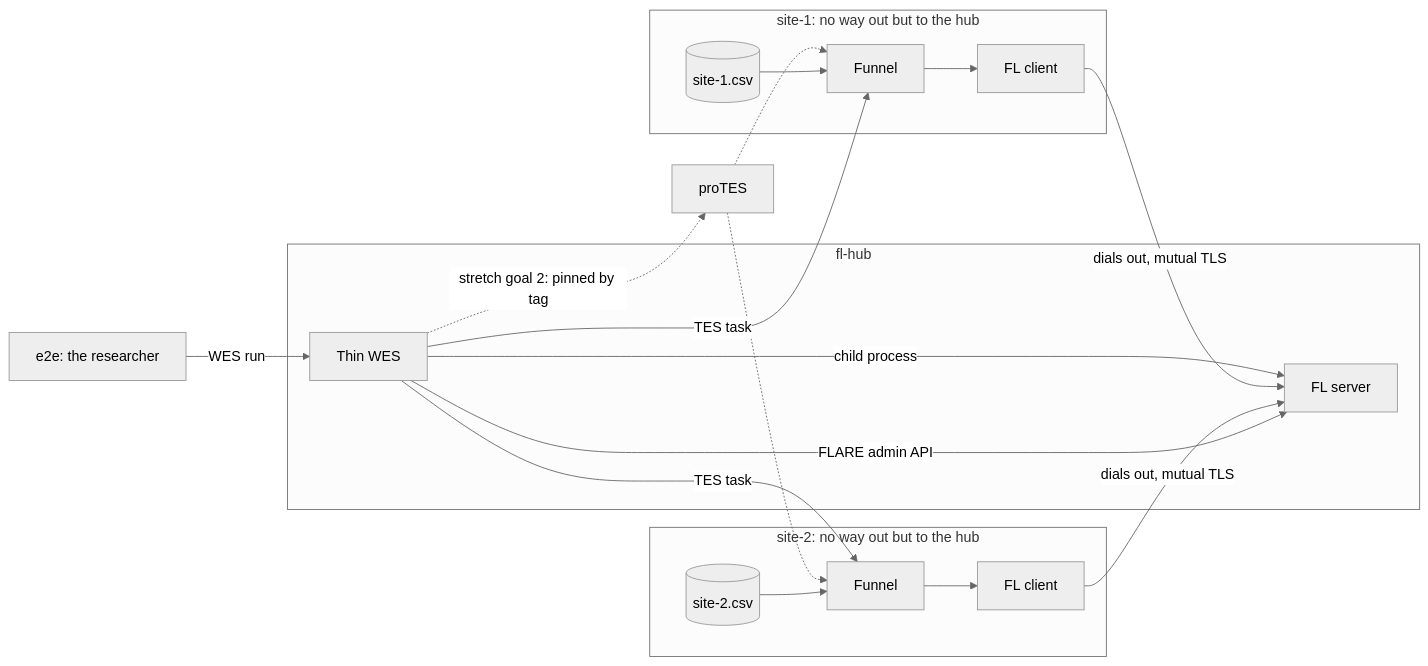
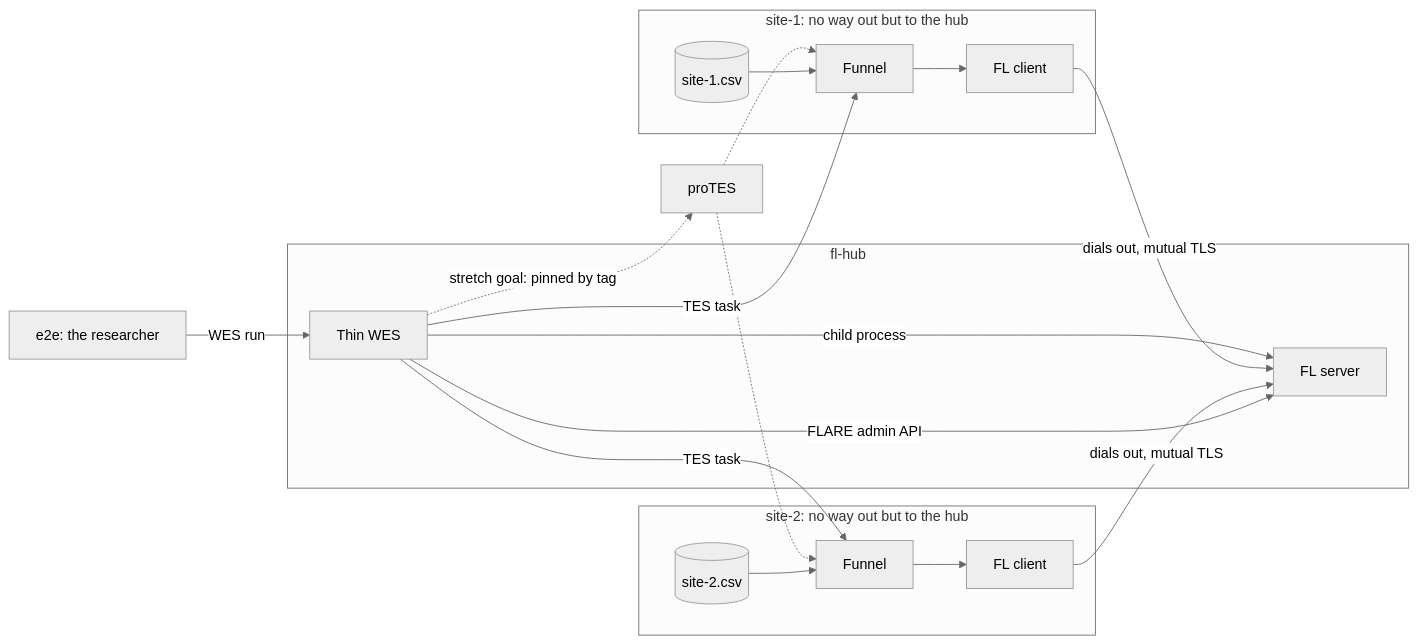
The diagram in docs/testbed/design.md (elixir-cloud-aai/nvflare-wes-testbed), drawn with Mermaid (neutral theme) before and after one commit. The commit also changed other lines of this file and 11 other files, not shown here.

````diff
--- a/docs/testbed/design.md
+++ b/docs/testbed/design.md
@@ -5,23 +5,23 @@
 ```mermaid
 flowchart LR
     U[e2e: the researcher] -- "WES run" --> W
     subgraph hub [fl-hub]
       W[Thin WES] -- "child process" --> S[FL server]
     end
     W -- "TES task" --> F1
     W -- "TES task" --> F2
-    W -. "stretch goal 2: pinned by tag" .-> P[proTES]
+    W -. "stretch goal: pinned by tag" .-> P[proTES]
     P -.-> F1
     P -.-> F2
     subgraph s1 [site-1: no way out but to the hub]
       F1[Funnel] --> C1[FL client]
       D1[(site-1.csv)] --> F1
     end
     subgraph s2 [site-2: no way out but to the hub]
       F2[Funnel] --> C2[FL client]
       D2[(site-2.csv)] --> F2
     end
     C1 -- "dials out, mutual TLS" --> S
     C2 -- "dials out, mutual TLS" --> S
     W -- "FLARE admin API" --> S
 ```
````
